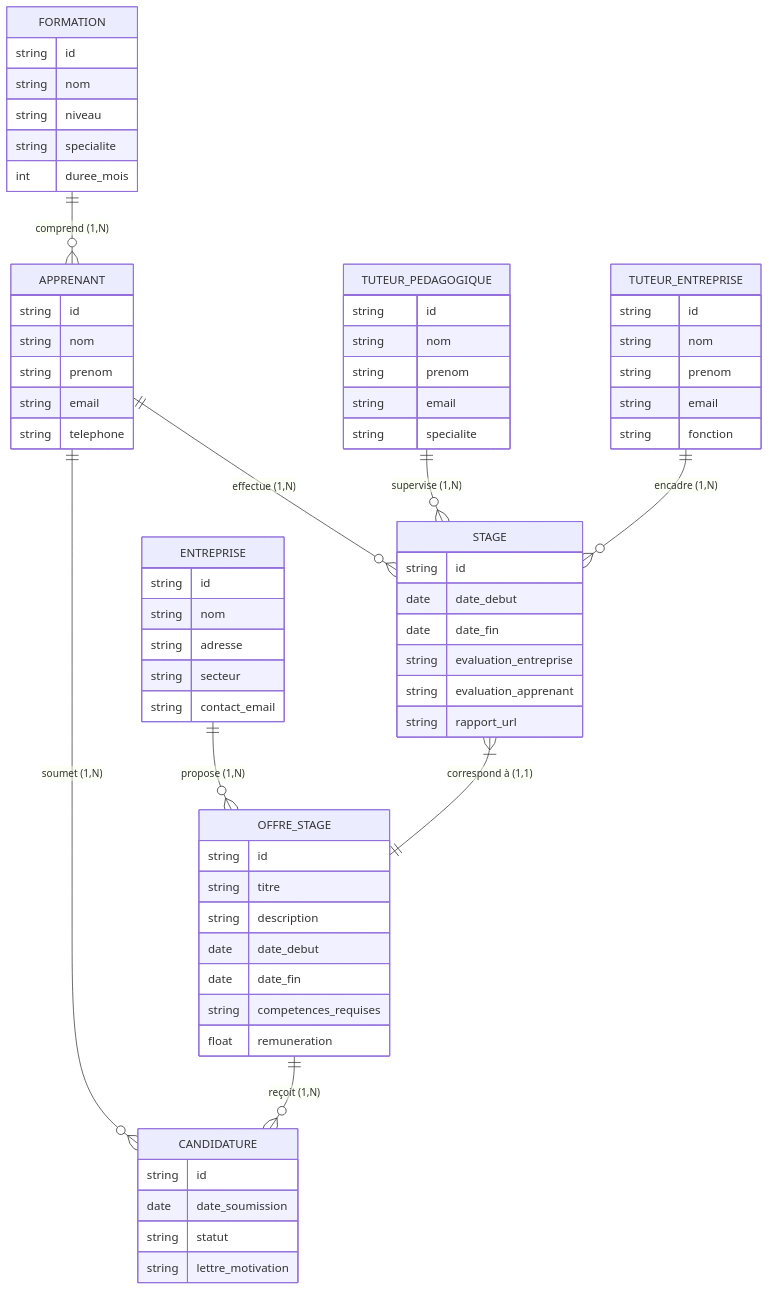
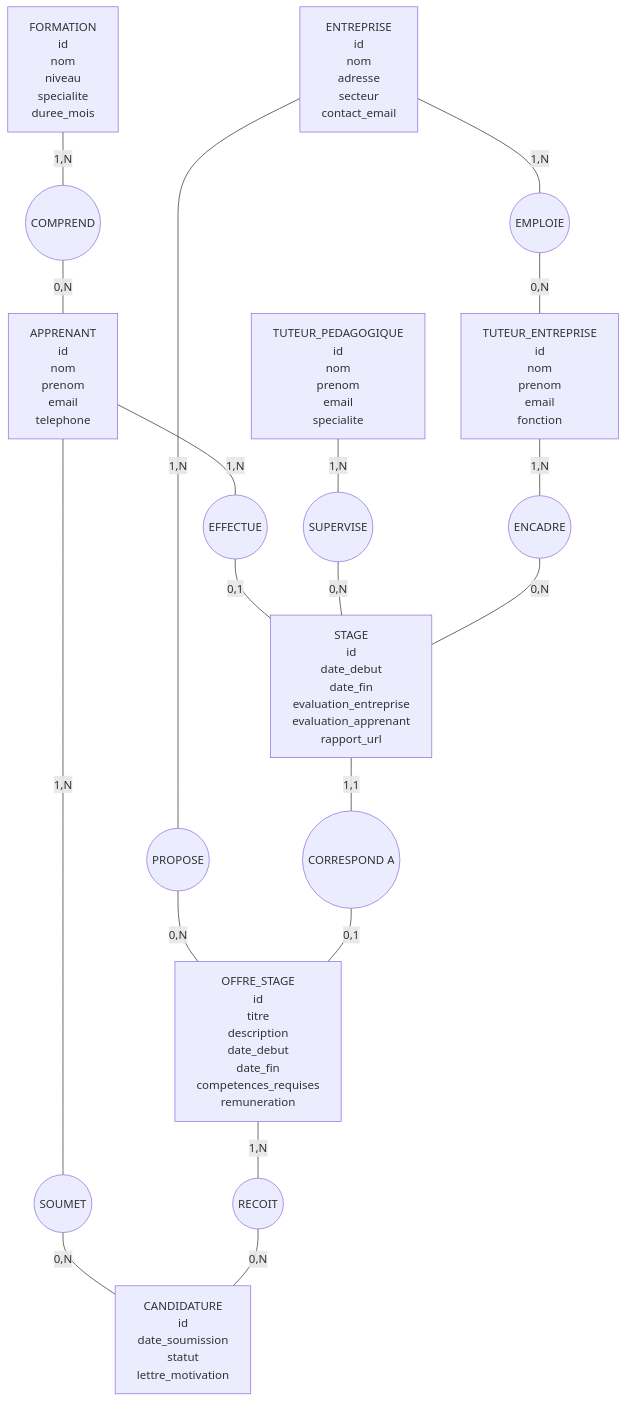
Before and after one commit to EFP-DEV/1-X75-LDB: the diagram in more/MERISE_MCD.mermaid, drawn with Mermaid. The commit also changed other lines of this file and 4 other files, not shown here.

Commit message:
Add detailed context and specifications for MERISE modeling; update diagrams for clarity and consistency

````diff
--- a/more/MERISE_MCD.mermaid
+++ b/more/MERISE_MCD.mermaid
@@ -2,77 +1,95 @@
-```mermaid
-erDiagram
-    APPRENANT ||--o{ STAGE : "effectue (1,N)"
-    APPRENANT ||--o{ CANDIDATURE : "soumet (1,N)"
-    ENTREPRISE ||--o{ OFFRE_STAGE : "propose (1,N)" 
-    OFFRE_STAGE ||--o{ CANDIDATURE : "reçoit (1,N)"
-    STAGE }|--|| OFFRE_STAGE : "correspond à (1,1)"
-    TUTEUR_PEDAGOGIQUE ||--o{ STAGE : "supervise (1,N)"
-    TUTEUR_ENTREPRISE ||--o{ STAGE : "encadre (1,N)"
-    FORMATION ||--o{ APPRENANT : "comprend (1,N)"
+graph TD
+    APPRENANT["APPRENANT
+    id
+    nom
+    prenom
+    email
+    telephone"]
     
-    APPRENANT {
-        string id
-        string nom
-        string prenom
-        string email
-        string telephone
-    }
+    ENTREPRISE["ENTREPRISE
+    id
+    nom
+    adresse
+    secteur
+    contact_email"]
     
-    ENTREPRISE {
-        string id
-        string nom
-        string adresse
-        string secteur
-        string contact_email
-    }
+    OFFRE_STAGE["OFFRE_STAGE
+    id
+    titre
+    description
+    date_debut
+    date_fin
+    competences_requises
+    remuneration"]
     
-    OFFRE_STAGE {
-        string id
-        string titre
-        string description
-        date date_debut
-        date date_fin
-        string competences_requises
-        float remuneration
-    }
+    CANDIDATURE["CANDIDATURE
+    id
+    date_soumission
+    statut
+    lettre_motivation"]
     
-    CANDIDATURE {
-        string id
-        date date_soumission
-        string statut
-        string lettre_motivation
-    }
+    STAGE["STAGE
+    id
+    date_debut
+    date_fin
+    evaluation_entreprise
+    evaluation_apprenant
+    rapport_url"]
     
-    STAGE {
-        string id
-        date date_debut
-        date date_fin
-        string evaluation_entreprise
-        string evaluation_apprenant
-        string rapport_url
-    }
+    TUTEUR_PEDAGOGIQUE["TUTEUR_PEDAGOGIQUE
+    id
+    nom
+    prenom
+    email
+    specialite"]
     
-    TUTEUR_PEDAGOGIQUE {
-        string id
-        string nom
-        string prenom
-        string email
-        string specialite
-    }
+    TUTEUR_ENTREPRISE["TUTEUR_ENTREPRISE
+    id
+    nom
+    prenom
+    email
+    fonction"]
     
-    TUTEUR_ENTREPRISE {
-        string id
-        string nom
-        string prenom
-        string email
-        string fonction
-    }
+    FORMATION["FORMATION
+    id
+    nom
+    niveau
+    specialite
+    duree_mois"]
     
-    FORMATION {
-        string id
-        string nom
-        string niveau
-        string specialite
-        int duree_mois
-    }
-```
+    EFFECTUE(("EFFECTUE"))
+    SOUMET(("SOUMET"))
+    PROPOSE(("PROPOSE"))
+    RECOIT(("RECOIT"))
+    CORRESPOND_A(("CORRESPOND A"))
+    SUPERVISE(("SUPERVISE"))
+    ENCADRE(("ENCADRE"))
+    COMPREND(("COMPREND"))
+    EMPLOIE(("EMPLOIE"))
+    
+    APPRENANT --- |"1,N"| EFFECTUE
+    EFFECTUE --- |"0,1"| STAGE
+    
+    APPRENANT --- |"1,N"| SOUMET
+    SOUMET --- |"0,N"| CANDIDATURE
+    
+    ENTREPRISE --- |"1,N"| PROPOSE
+    PROPOSE --- |"0,N"| OFFRE_STAGE
+    
+    OFFRE_STAGE --- |"1,N"| RECOIT
+    RECOIT --- |"0,N"| CANDIDATURE
+    
+    STAGE --- |"1,1"| CORRESPOND_A
+    CORRESPOND_A --- |"0,1"| OFFRE_STAGE
+    
+    TUTEUR_PEDAGOGIQUE --- |"1,N"| SUPERVISE
+    SUPERVISE --- |"0,N"| STAGE
+    
+    TUTEUR_ENTREPRISE --- |"1,N"| ENCADRE
+    ENCADRE --- |"0,N"| STAGE
+    
+    FORMATION --- |"1,N"| COMPREND
+    COMPREND --- |"0,N"| APPRENANT
+    
+    ENTREPRISE --- |"1,N"| EMPLOIE
+    EMPLOIE --- |"0,N"| TUTEUR_ENTREPRISE
````
